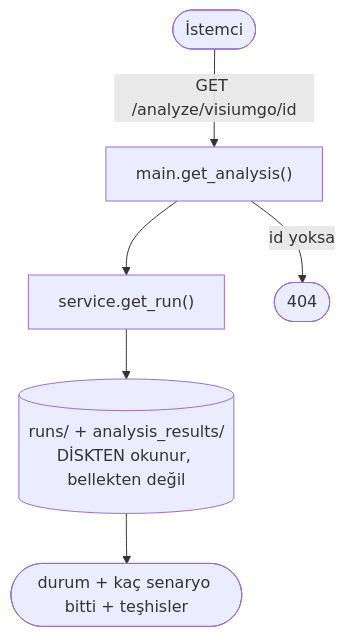
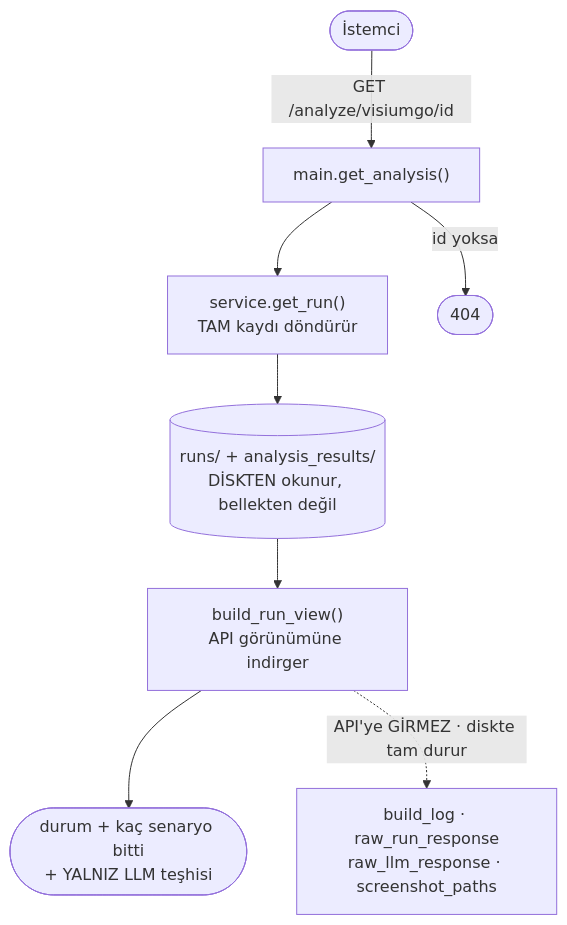
One commit to serdarxkulaksiz-netizen/analiz changed the second of 4 diagrams in docs/akis-semasi.md. Above: the diagram before and after it, drawn with Mermaid. The commit also changed other lines of this file and 6 other files, not shown here.

First line of the commit message:
tam denetim: sessiz senaryo kaybı düzeltildi + plan.md v3 + doküman hataları

````diff
--- a/docs/akis-semasi.md
+++ b/docs/akis-semasi.md
@@ -36,8 +42,10 @@
 ```mermaid
 flowchart TD
     C([İstemci]) -->|GET /analyze/visiumgo/id| G["main.get_analysis()"]
-    G --> GR["service.get_run()"]
+    G --> GR["service.get_run()<br/>TAM kaydı döndürür"]
     GR --> RD[("runs/ + analysis_results/<br/>DİSKTEN okunur, bellekten değil")]
-    RD --> RES([durum + kaç senaryo bitti + teşhisler])
+    RD --> BV["build_run_view()<br/>API görünümüne indirger"]
+    BV --> OUT([durum + kaç senaryo bitti<br/>+ YALNIZ LLM teşhisi])
+    BV -.->|"API'ye GİRMEZ · diskte tam durur"| XX["build_log · raw_run_response<br/>raw_llm_response · screenshot_paths"]
     G -->|id yoksa| E404([404])
 ```
````
